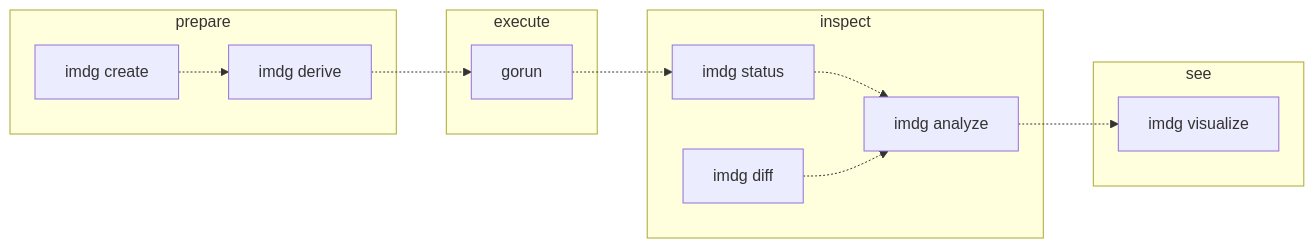
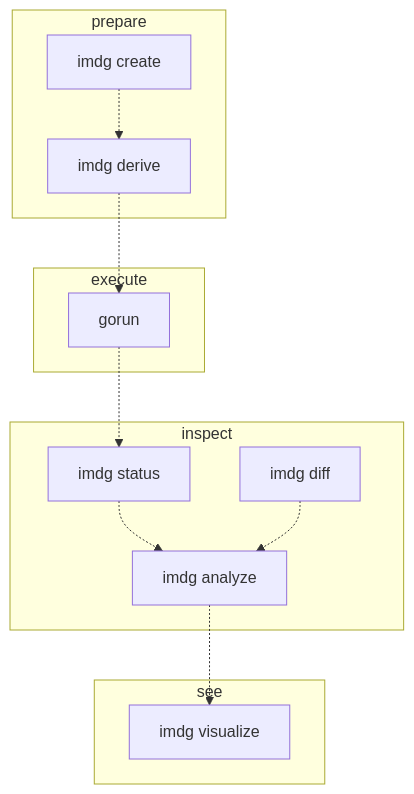
Before and after one commit to yantar92/IMDgroup-pymatgen: the diagram in README.md, drawn with Mermaid.

Commit message:
README.md: Avoid too wide diagram

````diff
--- a/README.md
+++ b/README.md
@@ -12,21 +12,21 @@
 ```mermaid
-flowchart LR
+flowchart TB
     subgraph prepare["prepare"]
         create["imdg create"]
         derive["imdg derive"]
     end
     subgraph execute["execute"]
         run["gorun"]
     end
     subgraph inspect["inspect"]
         status["imdg status"]
         analyze["imdg analyze"]
         diff["imdg diff"]
     end
     subgraph see["see"]
         visualize["imdg visualize"]
     end
 
     create -.-> derive -.-> run -.-> status -.-> analyze -.-> visualize
     diff -.-> analyze
 ```
````
